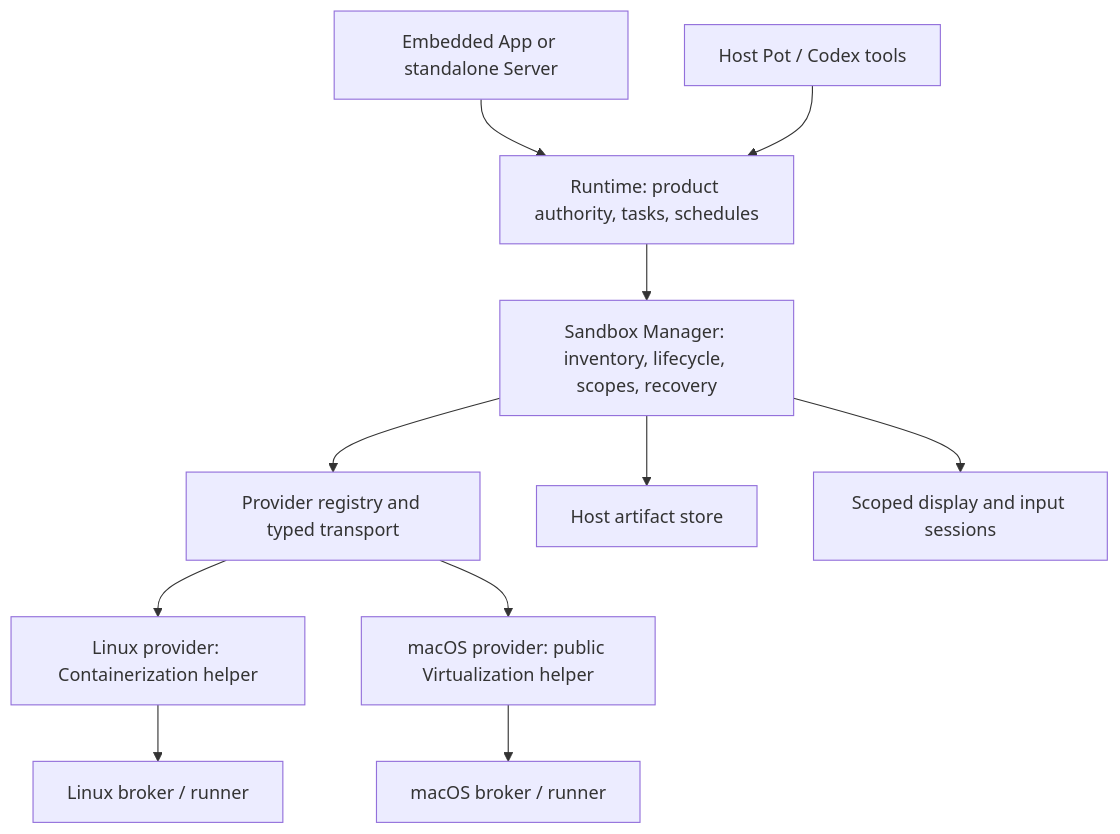
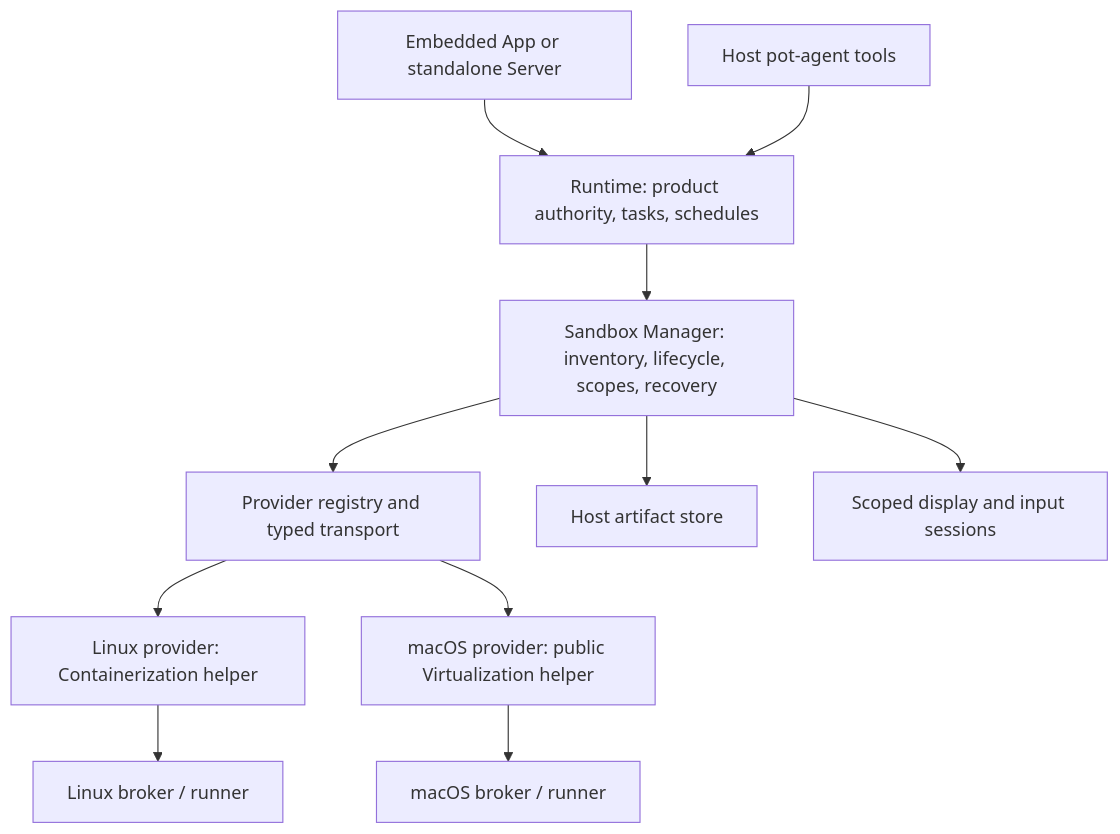
Before and after one commit to jjyr/pot: the diagram in docs/sandbox-providers.md, drawn with Mermaid. The commit also changed other lines of this file and 103 other files, not shown here.

Commit message:
Remove Codex integration and simplify to a single Pot Agent engine

````diff
--- a/docs/sandbox-providers.md
+++ b/docs/sandbox-providers.md
@@ -23,13 +23,13 @@
 ```mermaid
 flowchart TB
     Hosts[Embedded App or standalone Server] --> Runtime[Runtime: product authority, tasks, schedules]
-    Agent[Host Pot / Codex tools] --> Runtime
+    Agent[Host pot-agent tools] --> Runtime
     Runtime --> Manager[Sandbox Manager: inventory, lifecycle, scopes, recovery]
     Manager --> Registry[Provider registry and typed transport]
     Registry --> Linux[Linux provider: Containerization helper]
     Registry --> Mac[macOS provider: public Virtualization helper]
     Linux --> LinuxGuest[Linux broker / runner]
     Mac --> MacGuest[macOS broker / runner]
     Manager --> Artifacts[Host artifact store]
     Manager --> Display[Scoped display and input sessions]
 ```
````
